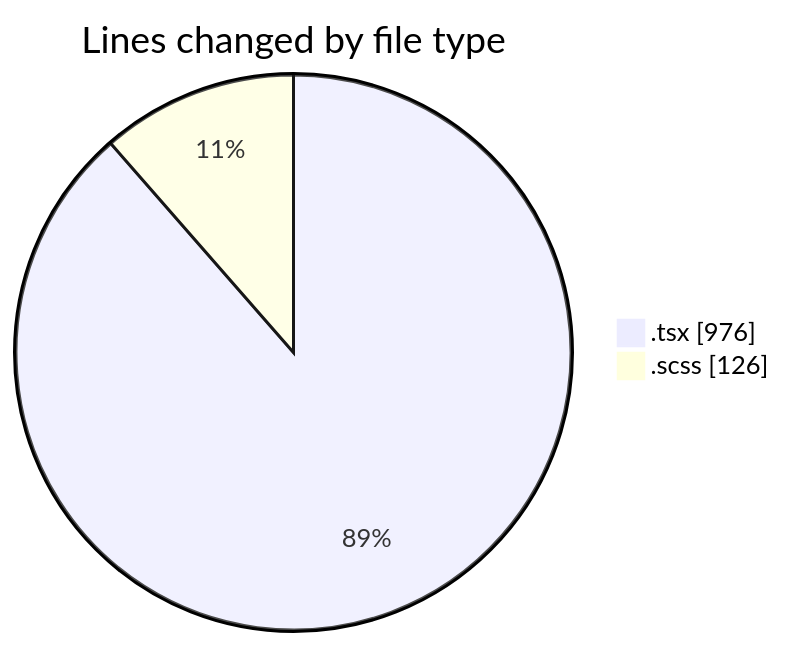
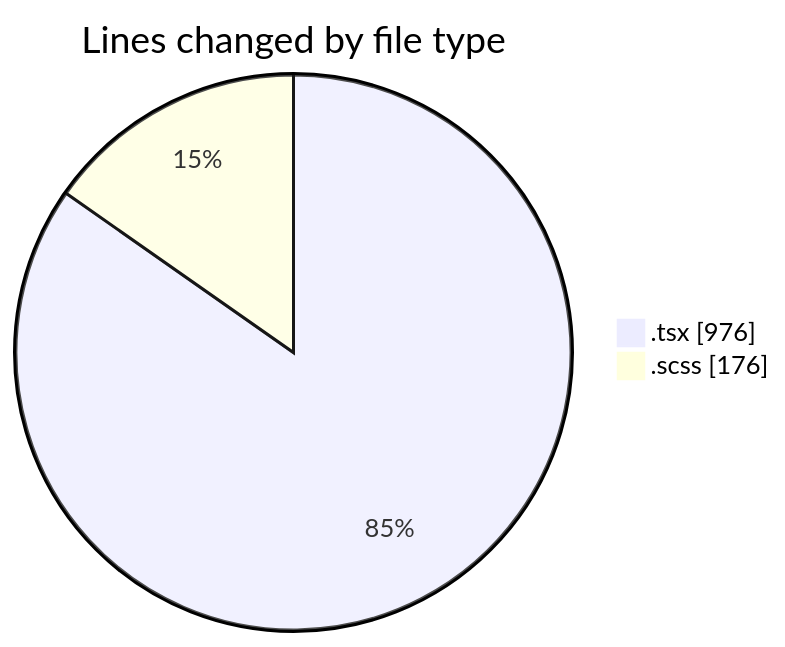
One commit to momahboobian/code-tracking changed the first of 2 diagrams in 2025-04-10/cda/README.md. Above: the diagram before and after it, drawn with Mermaid. The commit also changed other lines of this file and 1 other file, not shown here.

````diff
--- a/2025-04-10/cda/README.md
+++ b/2025-04-10/cda/README.md
@@ -22,6 +22,6 @@
 ```mermaid
 pie showData
 title Lines changed by file type
 ".tsx" : 976
-".scss" : 126
+".scss" : 176
 ```
````
